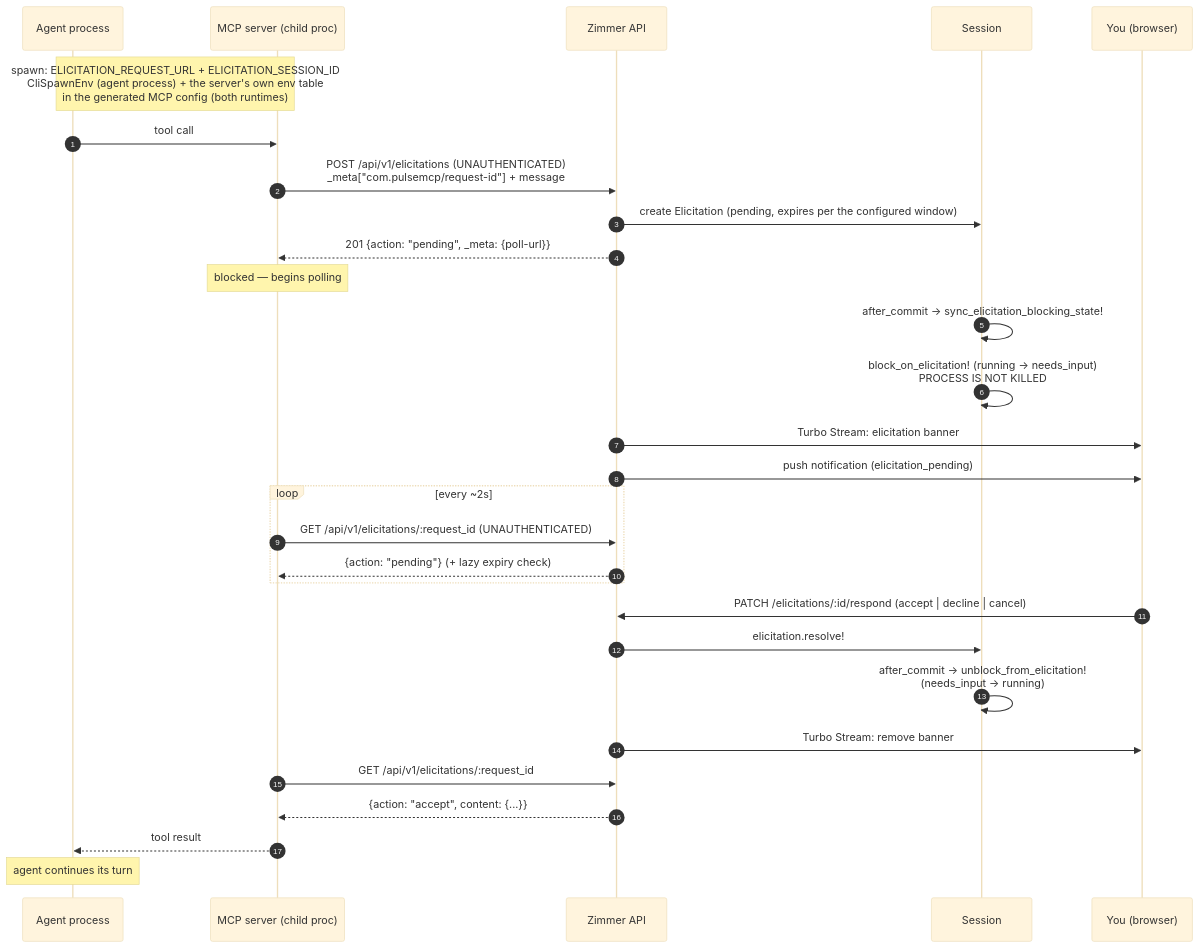
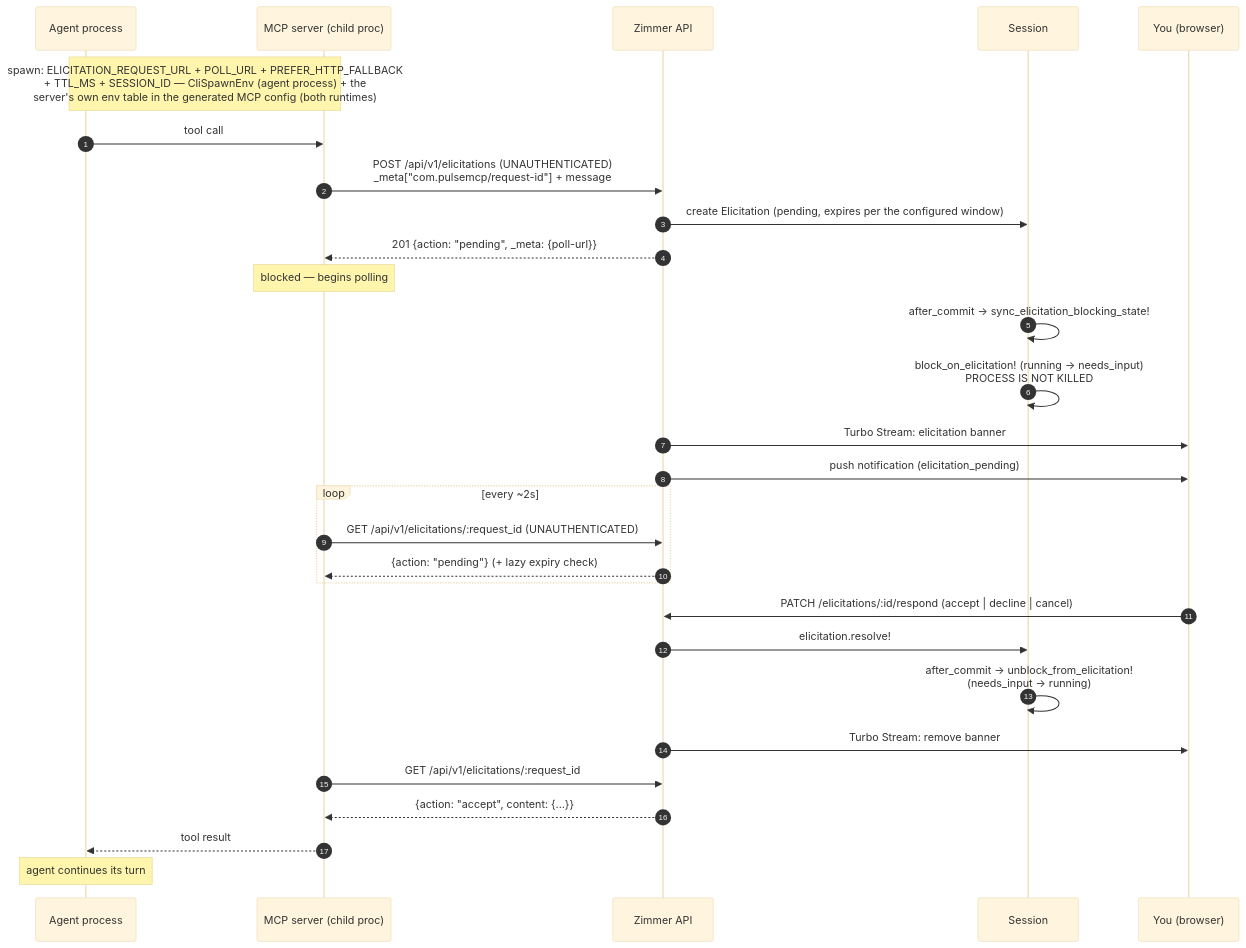
Before and after one commit to tadasant/zimmer: the diagram in docs/src/content/docs/sessions/elicitation.md, drawn with Mermaid (base theme). The commit also changed other lines of this file and 3 other files, not shown here.

````diff
--- a/docs/src/content/docs/sessions/elicitation.md
+++ b/docs/src/content/docs/sessions/elicitation.md
@@ -18,34 +18,34 @@
 ```mermaid
 sequenceDiagram
     autonumber
     participant P as Agent process
     participant M as MCP server (child proc)
     participant Z as Zimmer API
     participant S as Session
     participant U as You (browser)
 
-    Note over P,M: spawn: ELICITATION_REQUEST_URL + ELICITATION_SESSION_ID<br/>CliSpawnEnv (agent process) + the server's own env table<br/>in the generated MCP config (both runtimes)
+    Note over P,M: spawn: ELICITATION_REQUEST_URL + POLL_URL + PREFER_HTTP_FALLBACK<br/>+ TTL_MS + SESSION_ID — CliSpawnEnv (agent process) + the<br/>server's own env table in the generated MCP config (both runtimes)
     P->>M: tool call
     M->>Z: POST /api/v1/elicitations (UNAUTHENTICATED)<br/>_meta["com.pulsemcp/request-id"] + message
     Z->>S: create Elicitation (pending, expires per the configured window)
     Z-->>M: 201 {action: "pending", _meta: {poll-url}}
     Note over M: blocked — begins polling
     S->>S: after_commit → sync_elicitation_blocking_state!
     S->>S: block_on_elicitation! (running → needs_input)<br/>PROCESS IS NOT KILLED
     Z->>U: Turbo Stream: elicitation banner
     Z->>U: push notification (elicitation_pending)
 
     loop every ~2s
         M->>Z: GET /api/v1/elicitations/:request_id (UNAUTHENTICATED)
         Z-->>M: {action: "pending"} (+ lazy expiry check)
     end
 
     U->>Z: PATCH /elicitations/:id/respond (accept | decline | cancel)
     Z->>S: elicitation.resolve!
     S->>S: after_commit → unblock_from_elicitation!<br/>(needs_input → running)
     Z->>U: Turbo Stream: remove banner
     M->>Z: GET /api/v1/elicitations/:request_id
     Z-->>M: {action: "accept", content: {...}}
     M-->>P: tool result
     Note over P: agent continues its turn
 ```
````
